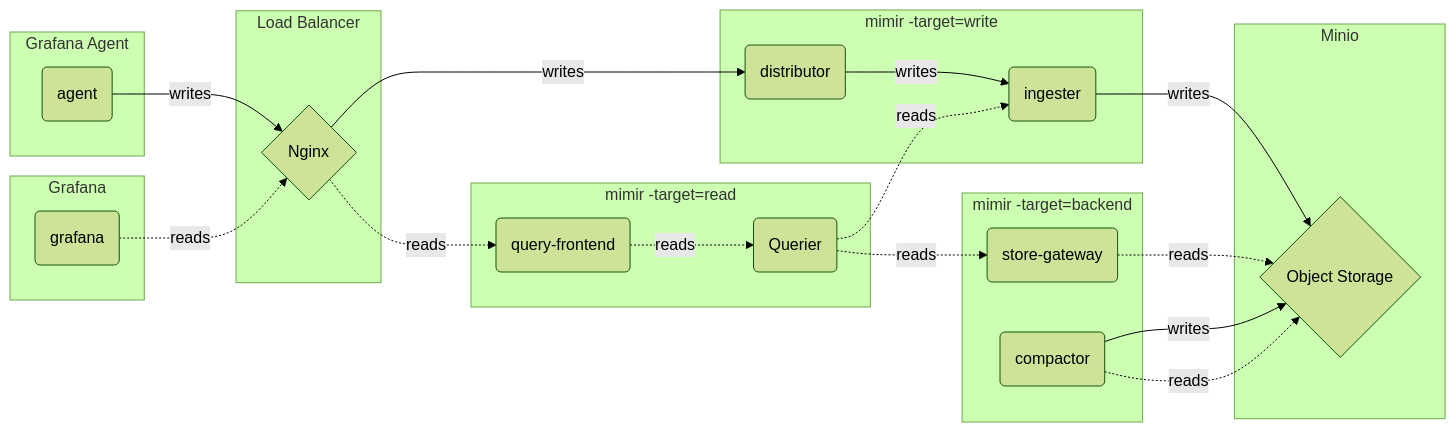
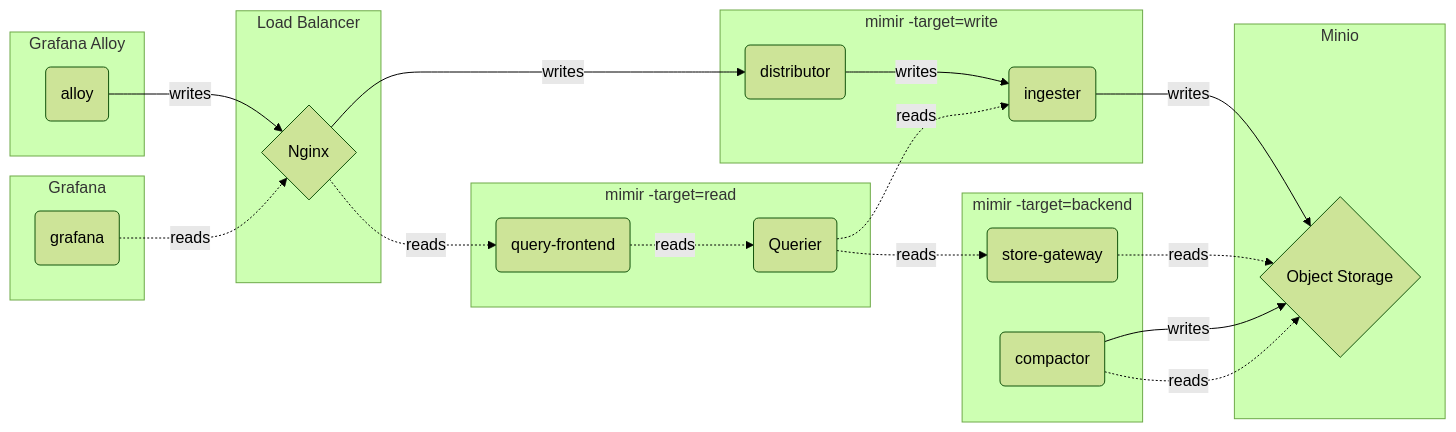
One commit to qclaogui/codelab-monitoring changed the diagram in docker-compose/read-write-mode/metrics/README.md. Above: the diagram before and after it, drawn with Mermaid (forest theme). The commit also changed 41 other files, not shown here.

````diff
--- a/docker-compose/read-write-mode/metrics/README.md
+++ b/docker-compose/read-write-mode/metrics/README.md
@@ -27,36 +27,36 @@
 ```mermaid
 flowchart LR
     A  -->|writes| GW  -->|writes| D   -->|writes| I  -->|writes| M
     G -.->|reads | GW -.->|reads | QF -.->|reads | Q -.->|reads | SG -.->|reads| M
 
     subgraph Minio
         M{"Object Storage"}
     end
-    subgraph Agent["Grafana Agent"]
-        A("agent")
+    subgraph Agent["Grafana Alloy"]
+        A("alloy")
     end
     subgraph Grafana
         G("grafana")
     end
     subgraph Gateway["Load Balancer"]
         GW{"Nginx"}
     end
 
     subgraph MimirWrite["mimir -target=write"]
         D("distributor")
         I("ingester")
     end
 
     subgraph MimirBackend["mimir -target=backend"]
         SG("store-gateway")
         C("compactor")
         
         C  -->|writes| M
         C -.->|reads | M
     end
 
     subgraph MimirRead["mimir -target=read"]
         Q("Querier") -.->|reads| I
         QF("query-frontend")
     end
 ```
````
